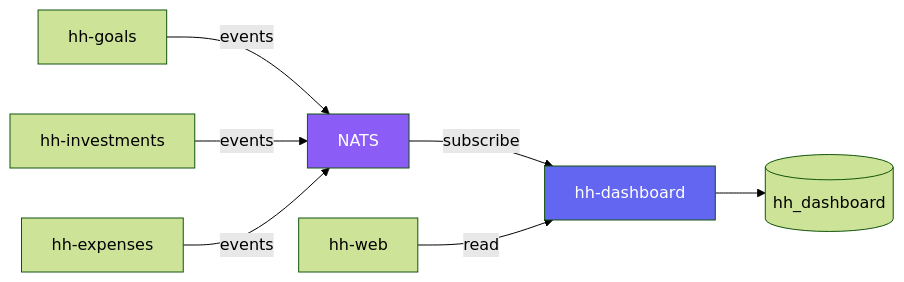
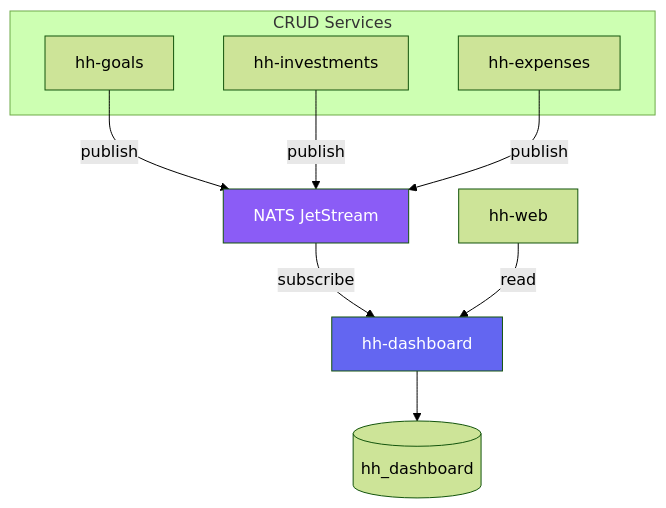
The diagram in docs/dashboard-architecture.md (tiagorocha94/hh-docs), drawn with Mermaid (forest theme) before and after one commit. The commit also changed other lines of this file, not shown here.

First line of the commit message:
Expand dashboard architecture with full design spec

````diff
--- a/docs/dashboard-architecture.md
+++ b/docs/dashboard-architecture.md
@@ -27,12 +27,19 @@
 ```mermaid
-graph LR
-    GOALS[hh-goals] -->|events| NATS[NATS]
-    INV[hh-investments] -->|events| NATS
-    EXP[hh-expenses] -->|events| NATS
+graph TB
+    subgraph CRUD Services
+        GOALS[hh-goals]
+        INV[hh-investments]
+        EXP[hh-expenses]
+    end
+
+    GOALS -->|publish| NATS[NATS JetStream]
+    INV -->|publish| NATS
+    EXP -->|publish| NATS
+
     NATS -->|subscribe| DASH[hh-dashboard]
     DASH --> DB[(hh_dashboard)]
     WEB[hh-web] -->|read| DASH
 
     style NATS fill:#8b5cf6,color:#fff
     style DASH fill:#6366f1,color:#fff
 ```
````
